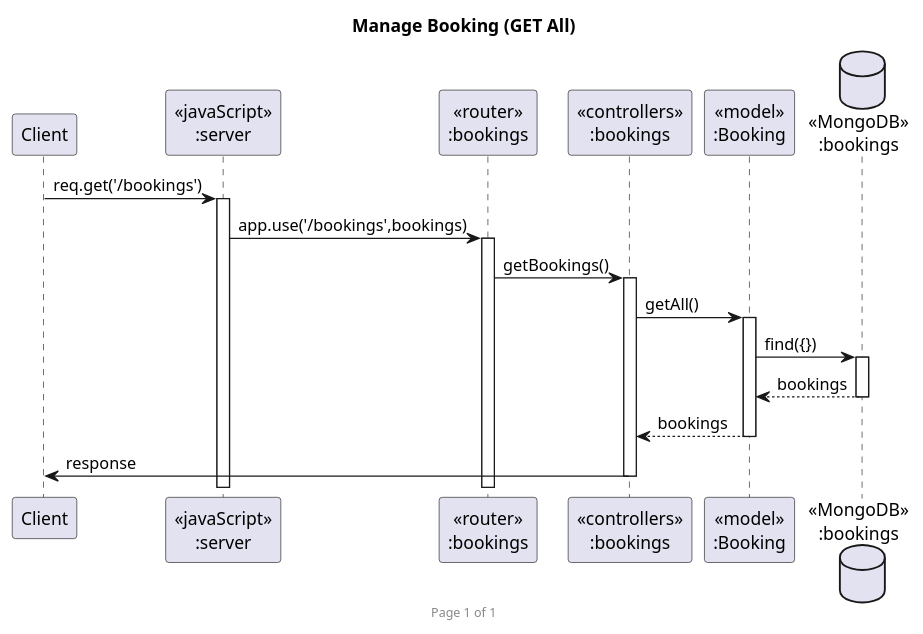
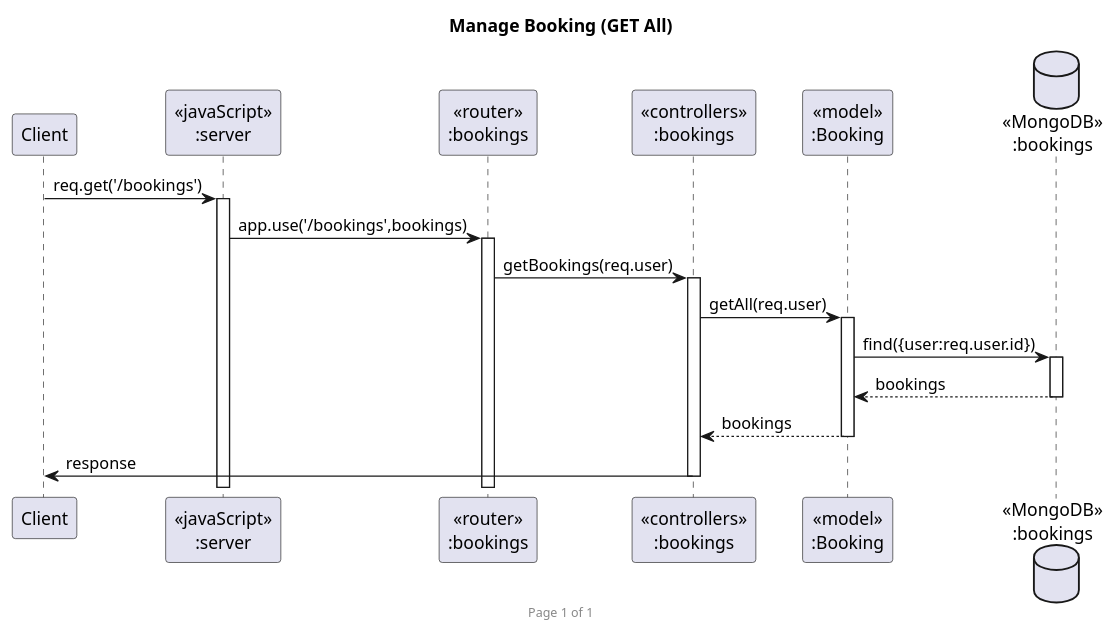
One commit to JirayutP/Dentist changed the diagram in Diagram/getAllBook_seq.puml. Above: the diagram before and after it, drawn with PlantUML. The commit also changed 13 other files, not shown here.

```diff
--- a/Diagram/getAllBook_seq.puml
+++ b/Diagram/getAllBook_seq.puml
@@ -1,22 +1,22 @@
 @startuml Manage Booking (GET All)
 
 footer Page %page% of %lastpage%
 title "Manage Booking (GET All)"
 
 participant "Client" as client
 participant "<<javaScript>>\n:server" as server
 participant "<<router>>\n:bookings" as routerBookings
 participant "<<controllers>>\n:bookings" as controllersBookings
 participant "<<model>>\n:Booking" as modelBooking
 database "<<MongoDB>>\n:bookings" as BookingsDatabase
 
 client->server ++:req.get('/bookings')
 server->routerBookings ++:app.use('/bookings',bookings)
-routerBookings -> controllersBookings ++:getBookings()
-controllersBookings->modelBooking ++:getAll()
-modelBooking ->BookingsDatabase ++: find({})
+routerBookings -> controllersBookings ++:getBookings(req.user)
+controllersBookings->modelBooking ++:getAll(req.user)
+modelBooking ->BookingsDatabase ++: find({user:req.user.id})
 BookingsDatabase --> modelBooking --: bookings
 controllersBookings <-- modelBooking --:bookings
 controllersBookings->client --:response
 
 @enduml
```
